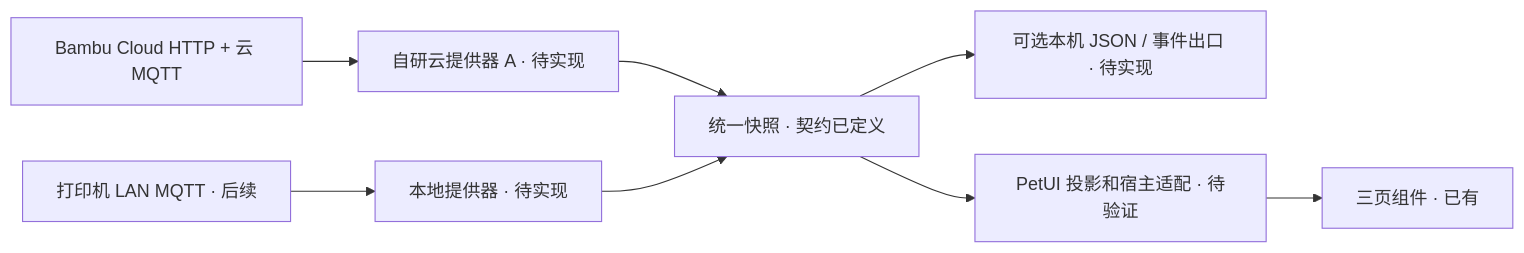
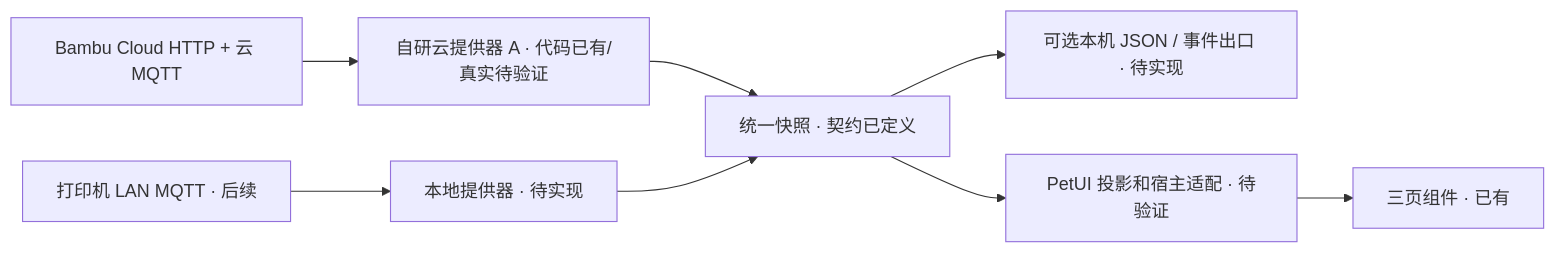
The diagram in docs/ARCHITECTURE.md (UpKiry/bambu-monitor), drawn with Mermaid before and after one commit. The commit also changed other lines of this file and 58 other files, not shown here.

````diff
--- a/docs/ARCHITECTURE.md
+++ b/docs/ARCHITECTURE.md
@@ -7,10 +7,10 @@
 ```mermaid
 flowchart LR
-    Cloud["Bambu Cloud HTTP + 云 MQTT"] --> CP["自研云提供器 A · 待实现"]
+    Cloud["Bambu Cloud HTTP + 云 MQTT"] --> CP["自研云提供器 A · 代码已有/真实待验证"]
     LAN["打印机 LAN MQTT · 后续"] --> LP["本地提供器 · 待实现"]
     CP --> Model["统一快照 · 契约已定义"]
     LP --> Model
     Model --> Export["可选本机 JSON / 事件出口 · 待实现"]
     Model --> Projection["PetUI 投影和宿主适配 · 待验证"]
     Projection --> UI["三页组件 · 已有"]
 ```
````
